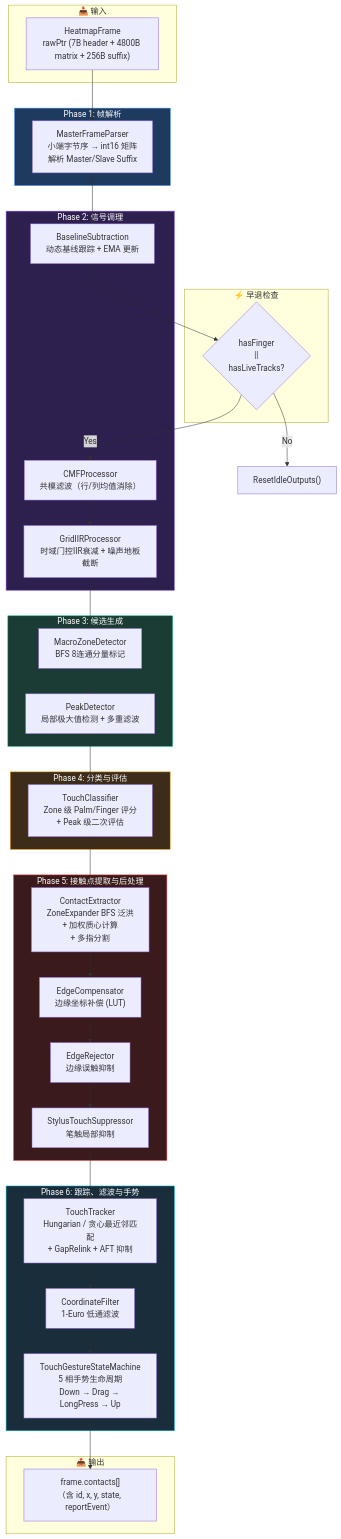
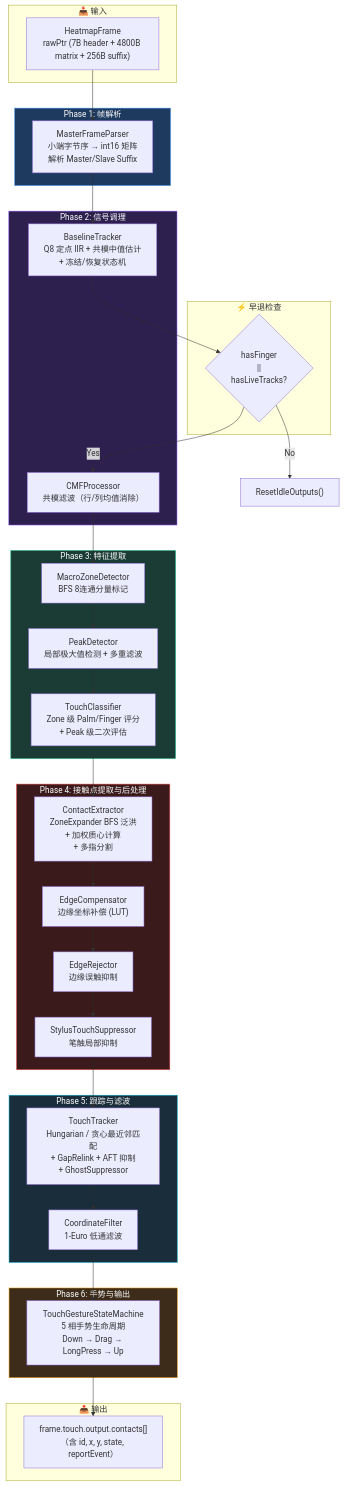
One commit to krrrak/EGoTouchRev changed the first of 14 diagrams in docs/touch_pipeline_architecture.md. Above: the diagram before and after it, drawn with Mermaid. The commit also changed other lines of this file and 8 other files, not shown here.

Commit message:
feat: implement speed-adaptive IIR coordinate filtering and add project architecture documentation

````diff
--- a/docs/touch_pipeline_architecture.md
+++ b/docs/touch_pipeline_architecture.md
@@ -11,71 +13,69 @@
 ```mermaid
 flowchart TB
     subgraph Input["📥 输入"]
         RAW["HeatmapFrame<br/>rawPtr (7B header + 4800B matrix + 256B suffix)"]
     end
 
     subgraph P1["Phase 1: 帧解析"]
         MFP["MasterFrameParser<br/>小端字节序 → int16 矩阵<br/>解析 Master/Slave Suffix"]
     end
 
     subgraph P2["Phase 2: 信号调理"]
-        BL["BaselineSubtraction<br/>动态基线跟踪 + EMA 更新"]
+        BL["BaselineTracker<br/>Q8 定点 IIR + 共模中值估计<br/>+ 冻结/恢复状态机"]
         CMF["CMFProcessor<br/>共模滤波（行/列均值消除）"]
-        GIIR["GridIIRProcessor<br/>时域门控IIR衰减 + 噪声地板截断"]
     end
 
     subgraph EarlyExit["⚡ 早退检查"]
         CHECK{"hasFinger<br/>||<br/>hasLiveTracks?"}
     end
 
-    subgraph P3["Phase 3: 候选生成"]
+    subgraph P3["Phase 3: 特征提取"]
         MZD["MacroZoneDetector<br/>BFS 8连通分量标记"]
         PD["PeakDetector<br/>局部极大值检测 + 多重滤波"]
-    end
-
-    subgraph P4["Phase 4: 分类与评估"]
         TC["TouchClassifier<br/>Zone 级 Palm/Finger 评分<br/>+ Peak 级二次评估"]
     end
 
-    subgraph P5["Phase 5: 接触点提取与后处理"]
+    subgraph P4["Phase 4: 接触点提取与后处理"]
         CE["ContactExtractor<br/>ZoneExpander BFS 泛洪<br/>+ 加权质心计算<br/>+ 多指分割"]
         EC["EdgeCompensator<br/>边缘坐标补偿 (LUT)"]
         ER["EdgeRejector<br/>边缘误触抑制"]
         STS["StylusTouchSuppressor<br/>笔触局部抑制"]
     end
 
-    subgraph P6["Phase 6: 跟踪、滤波与手势"]
-        TT["TouchTracker<br/>Hungarian / 贪心最近邻匹配<br/>+ GapRelink + AFT 抑制"]
+    subgraph P5["Phase 5: 跟踪与滤波"]
+        TT["TouchTracker<br/>Hungarian / 贪心最近邻匹配<br/>+ GapRelink + AFT 抑制<br/>+ GhostSuppressor"]
         CF["CoordinateFilter<br/>1-Euro 低通滤波"]
+    end
+
+    subgraph P6["Phase 6: 手势与输出"]
         GSM["TouchGestureStateMachine<br/>5 相手势生命周期<br/>Down → Drag → LongPress → Up"]
     end
 
     subgraph Output["📤 输出"]
-        OUT["frame.contacts[]<br/>（含 id, x, y, state, reportEvent）"]
+        OUT["frame.touch.output.contacts[]<br/>（含 id, x, y, state, reportEvent）"]
     end
 
     RAW --> MFP
     MFP --> BL
     BL --> CHECK
     CHECK -- "No" --> IDLE["ResetIdleOutputs()"]
     CHECK -- "Yes" --> CMF
-    CMF --> GIIR
-    GIIR --> MZD
+    CMF --> MZD
     MZD --> PD
     PD --> TC
     TC --> CE
     CE --> EC
     EC --> ER
     ER --> STS
     STS --> TT
     TT --> CF
     CF --> GSM
     GSM --> OUT
 
     style P1 fill:#1e3a5f,stroke:#4a9eff,color:#fff
     style P2 fill:#2d1f4e,stroke:#8b5cf6,color:#fff
     style P3 fill:#1a3c34,stroke:#10b981,color:#fff
-    style P4 fill:#3d2c1a,stroke:#f59e0b,color:#fff
-    style P5 fill:#3a1a1a,stroke:#ef4444,color:#fff
-    style P6 fill:#1a2d3a,stroke:#06b6d4,color:#fff
+    style P4 fill:#3a1a1a,stroke:#ef4444,color:#fff
+    style P5 fill:#1a2d3a,stroke:#06b6d4,color:#fff
+    style P6 fill:#3d2c1a,stroke:#f59e0b,color:#fff
 ```
````
